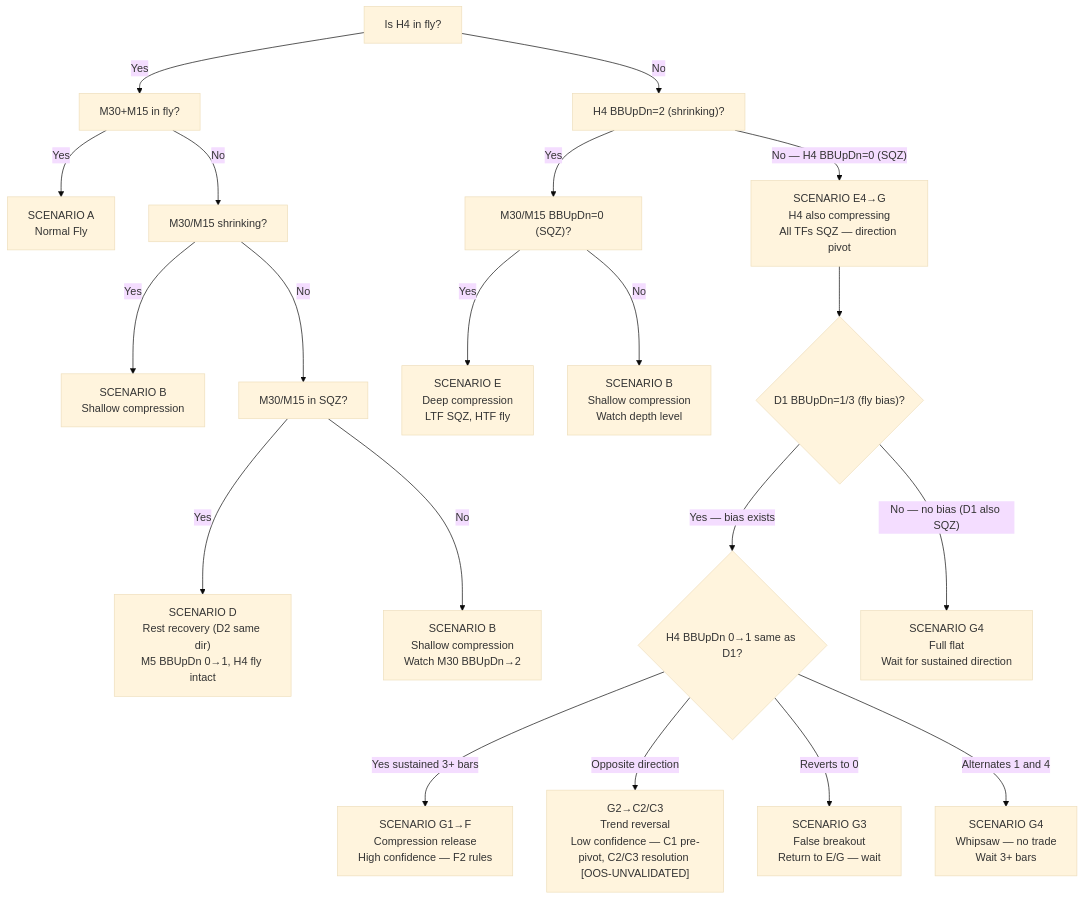
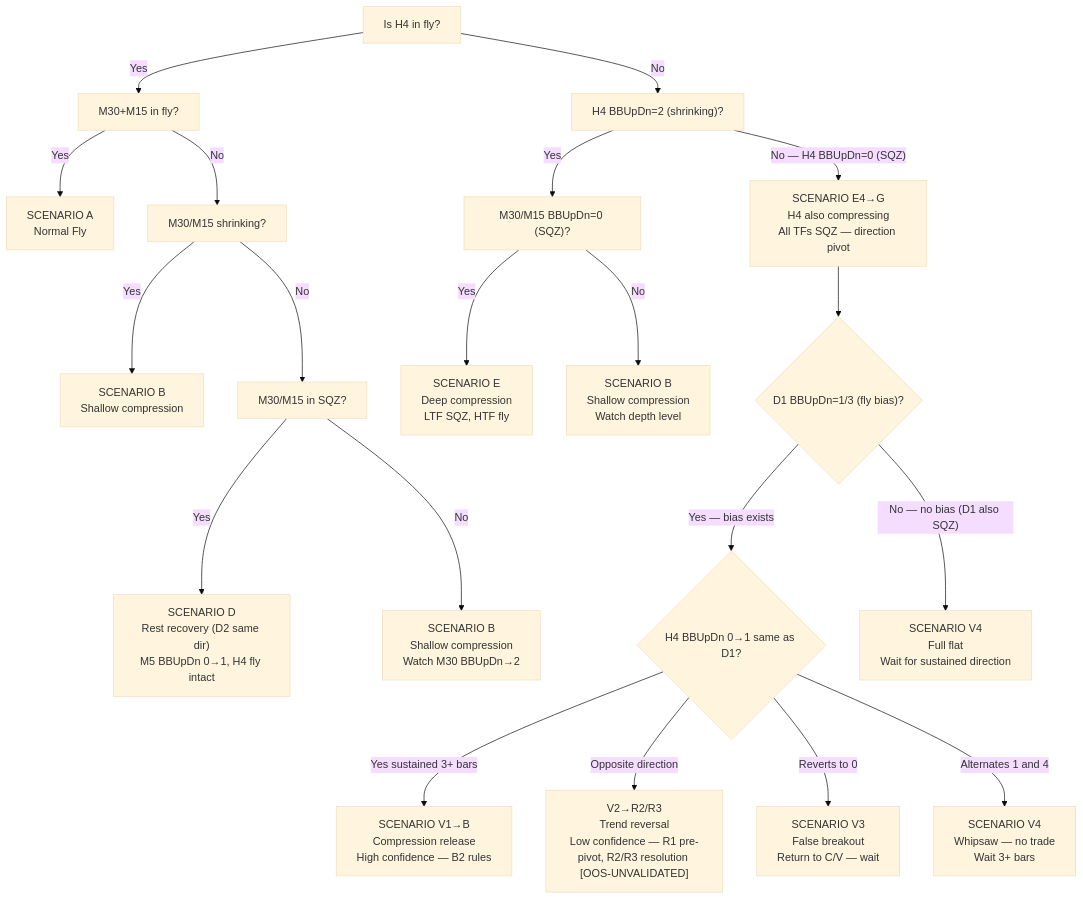
One commit to Terrypang89/BB_MTF_M15_STRATEGY changed the third of 17 diagrams in references/backtest_chart_analysis.md. Above: the diagram before and after it, drawn with Mermaid (base theme). The commit also changed other lines of this file and 12 other files, not shown here.

````diff
--- a/references/backtest_chart_analysis.md
+++ b/references/backtest_chart_analysis.md
@@ -1459,22 +1459,22 @@
 ```mermaid
 flowchart TD
     A["Is H4 in fly?"] -->|Yes| B["M30+M15 in fly?"]
     B -->|Yes| C["SCENARIO A\nNormal Fly"]
     B -->|No| D["M30/M15 shrinking?"]
     D -->|Yes| E["SCENARIO B\nShallow compression"]
     D -->|No| F["M30/M15 in SQZ?"]
     F -->|Yes| G["SCENARIO D\nRest recovery (D2 same dir)\nM5 BBUpDn 0→1, H4 fly intact"]
     F -->|No| H["SCENARIO B\nShallow compression\nWatch M30 BBUpDn→2"]
     A -->|No| I["H4 BBUpDn=2 (shrinking)?"]
     I -->|Yes| J["M30/M15 BBUpDn=0 (SQZ)?"]
     J -->|Yes| K["SCENARIO E\nDeep compression\nLTF SQZ, HTF fly"]
     J -->|No| L["SCENARIO B\nShallow compression\nWatch depth level"]
     I -->|"No — H4 BBUpDn=0 (SQZ)"| M["SCENARIO E4→G\nH4 also compressing\nAll TFs SQZ — direction pivot"]
     M --> N{"D1 BBUpDn=1/3 (fly bias)?"}
     N -->|Yes — bias exists| O{"H4 BBUpDn 0→1 same as D1?"}
-    O -->|Yes sustained 3+ bars| P["SCENARIO G1→F\nCompression release\nHigh confidence — F2 rules"]
-    O -->|Opposite direction| Q["G2→C2/C3\nTrend reversal\nLow confidence — C1 pre-pivot, C2/C3 resolution [OOS-UNVALIDATED]"]
-    O -->|Reverts to 0| R["SCENARIO G3\nFalse breakout\nReturn to E/G — wait"]
-    O -->|Alternates 1 and 4| S["SCENARIO G4\nWhipsaw — no trade\nWait 3+ bars"]
-    N -->|"No — no bias (D1 also SQZ)"| T["SCENARIO G4\nFull flat\nWait for sustained direction"]
+ O -->|Yes sustained 3+ bars| P["SCENARIO V1→B\nCompression release\nHigh confidence — B2 rules"]
+    O -->|Opposite direction| Q["V2→R2/R3\nTrend reversal\nLow confidence — R1 pre-pivot, R2/R3 resolution [OOS-UNVALIDATED]"]
+    O -->|Reverts to 0| R["SCENARIO V3\nFalse breakout\nReturn to C/V — wait"]
+    O -->|Alternates 1 and 4| S["SCENARIO V4\nWhipsaw — no trade\nWait 3+ bars"]
+    N -->|"No — no bias (D1 also SQZ)"| T["SCENARIO V4\nFull flat\nWait for sustained direction"]
 ```
````
